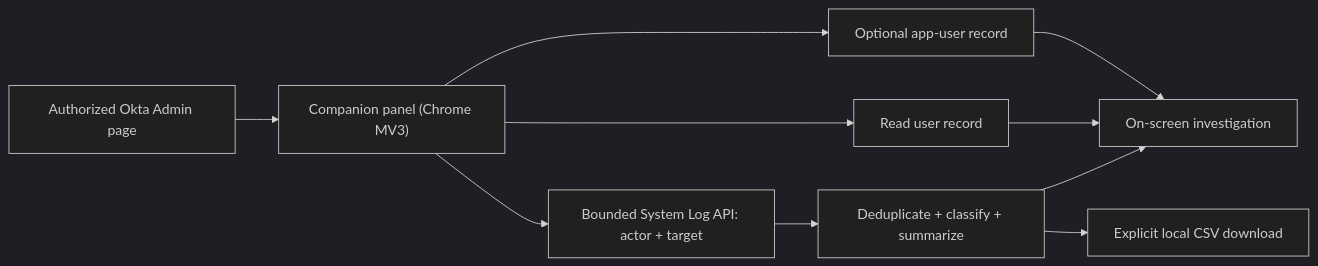
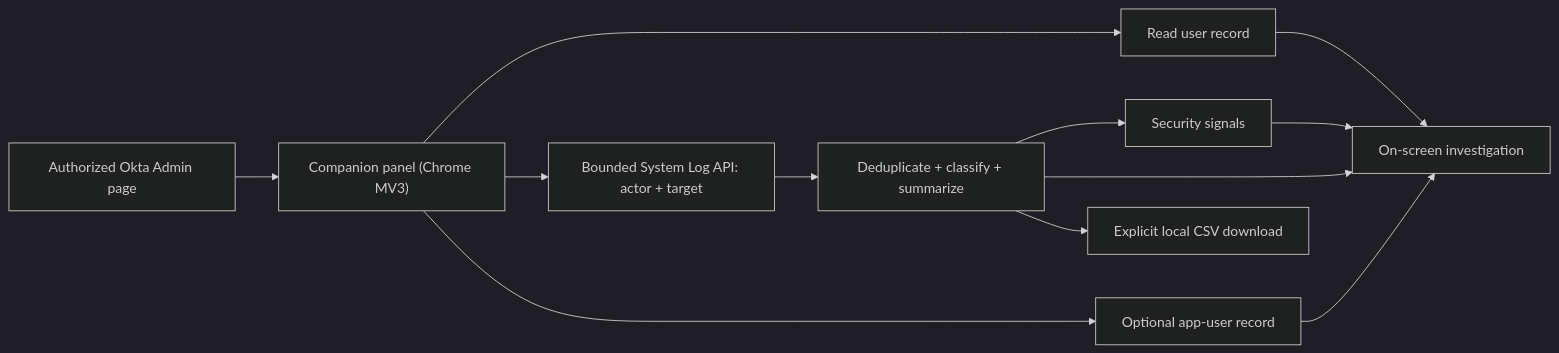
The diagram in README.md (Mrandrew9/okta-diagnostics-companion), drawn with Mermaid (dark theme) before and after one commit. The commit also changed other lines of this file and 5 other files, not shown here.

First line of the commit message:
Add identity security signals (MFA fatigue, risky sign-ins, takeover sequences) (#3)

````diff
--- a/README.md
+++ b/README.md
@@ -28,12 +29,14 @@
 ```mermaid
 flowchart LR
   A["Authorized Okta Admin page"] --> B["Companion panel (Chrome MV3)"]
   B --> U["Read user record"]
   B --> L["Bounded System Log API: actor + target"]
   B --> P["Optional app-user record"]
   L --> N["Deduplicate + classify + summarize"]
+  N --> S["Security signals"]
+  S --> D
   N --> D["On-screen investigation"]
   N --> C["Explicit local CSV download"]
   U --> D
   P --> D
 ```
````
